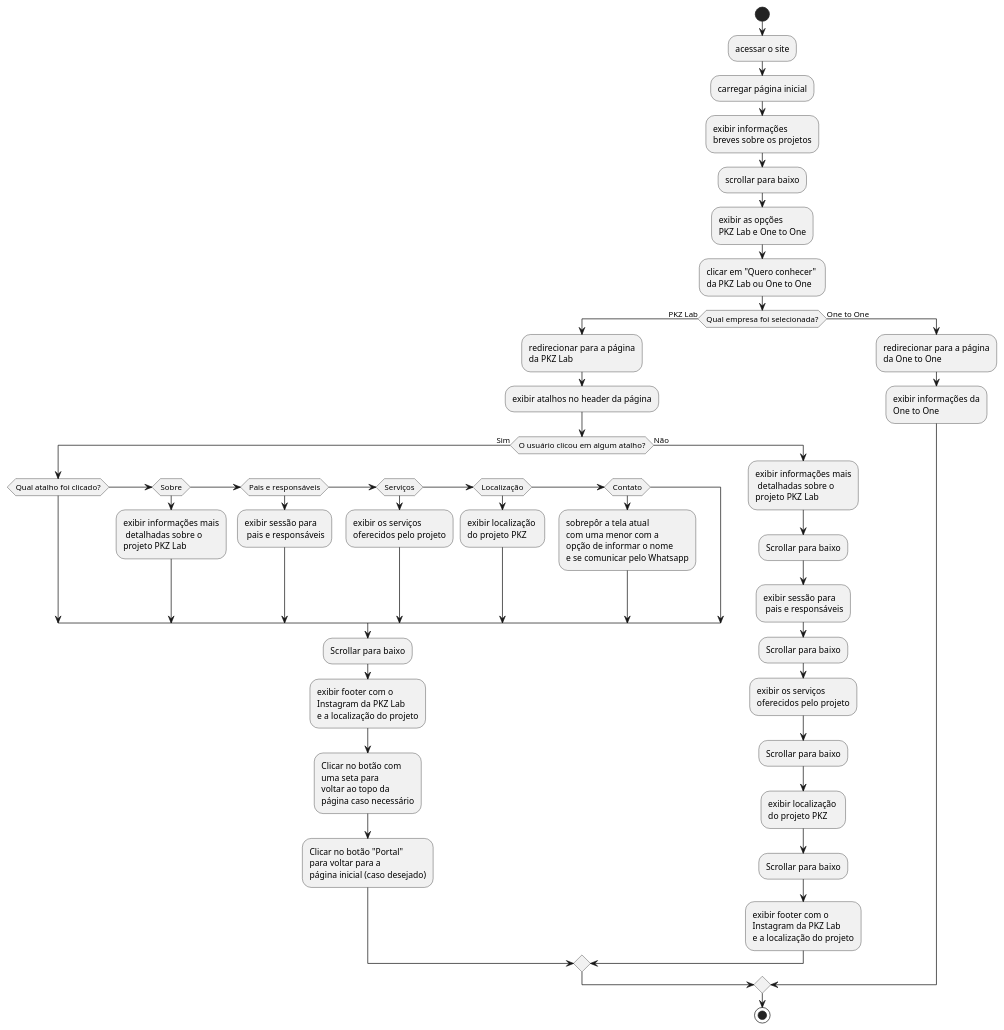
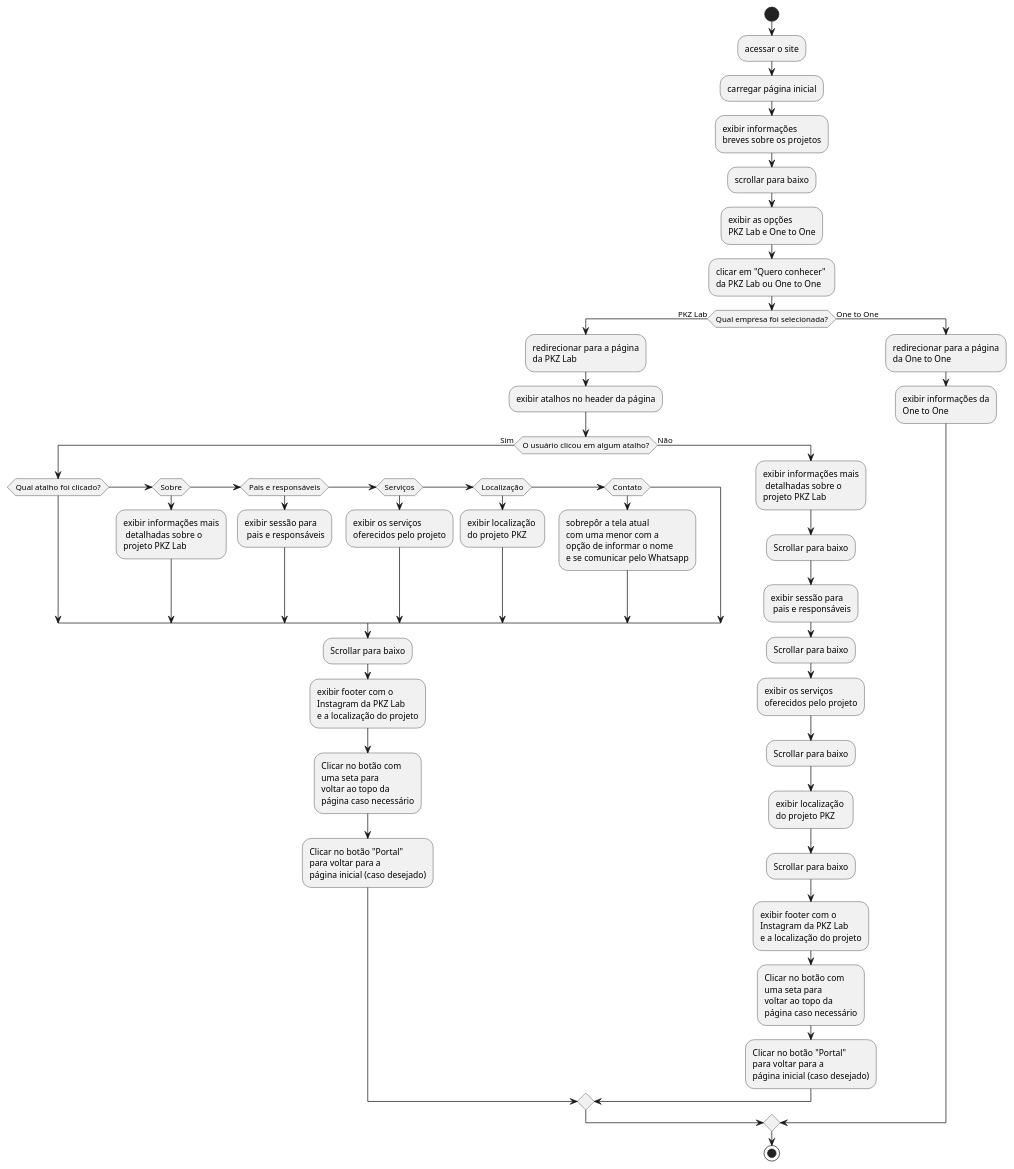
One commit to enzotrotto-ibmec/PFE-2026-2-AP1-Grupo1-terca changed the diagram in 05 - AHT/aht2.puml. Above: the diagram before and after it, drawn with PlantUML.

Commit message:
Detalhe sobre o AHT

```diff
--- a/05 - AHT/aht2.puml
+++ b/05 - AHT/aht2.puml
@@ -2,53 +2,55 @@
 @startuml AHT2_PKZ_OneToOne
 start
 
 :acessar o site;
 :carregar página inicial;
 :exibir informações \nbreves sobre os projetos;
 :scrollar para baixo;
 :exibir as opções \nPKZ Lab e One to One;
 :clicar em "Quero conhecer" \nda PKZ Lab ou One to One;
 
 if (Qual empresa foi selecionada?) then (PKZ Lab)
     :redirecionar para a página\nda PKZ Lab;
     :exibir atalhos no header da página;
     if (O usuário clicou em algum atalho?) then (Sim)
         if (Qual atalho foi clicado?) 
         elseif (Sobre)
             :exibir informações mais\n detalhadas sobre o \nprojeto PKZ Lab;
         elseif (Pais e responsáveis)
             :exibir sessão para\n pais e responsáveis;
         elseif (Serviços)
             :exibir os serviços \noferecidos pelo projeto;
         elseif (Localização)
             :exibir localização \ndo projeto PKZ;
         elseif (Contato)
             :sobrepôr a tela atual \ncom uma menor com a \nopção de informar o nome \ne se comunicar pelo Whatsapp;     
         endif 
         :Scrollar para baixo;
         :exibir footer com o \nInstagram da PKZ Lab \ne a localização do projeto;
         :Clicar no botão com \numa seta para \nvoltar ao topo da \npágina caso necessário;
         :Clicar no botão "Portal" \npara voltar para a \npágina inicial (caso desejado);
     
     else (Não)
         :exibir informações mais\n detalhadas sobre o \nprojeto PKZ Lab;
         :Scrollar para baixo;
         :exibir sessão para\n pais e responsáveis;
         :Scrollar para baixo;
         :exibir os serviços \noferecidos pelo projeto;
         :Scrollar para baixo;
         :exibir localização \ndo projeto PKZ;
         :Scrollar para baixo;
         :exibir footer com o \nInstagram da PKZ Lab \ne a localização do projeto;
+        :Clicar no botão com \numa seta para \nvoltar ao topo da \npágina caso necessário;
+        :Clicar no botão "Portal" \npara voltar para a \npágina inicial (caso desejado);
         endif
 
 
 else (One to One)
     :redirecionar para a página\nda One to One;
     :exibir informações da\nOne to One;
 
 endif
 
 
 stop
 @enduml
```
